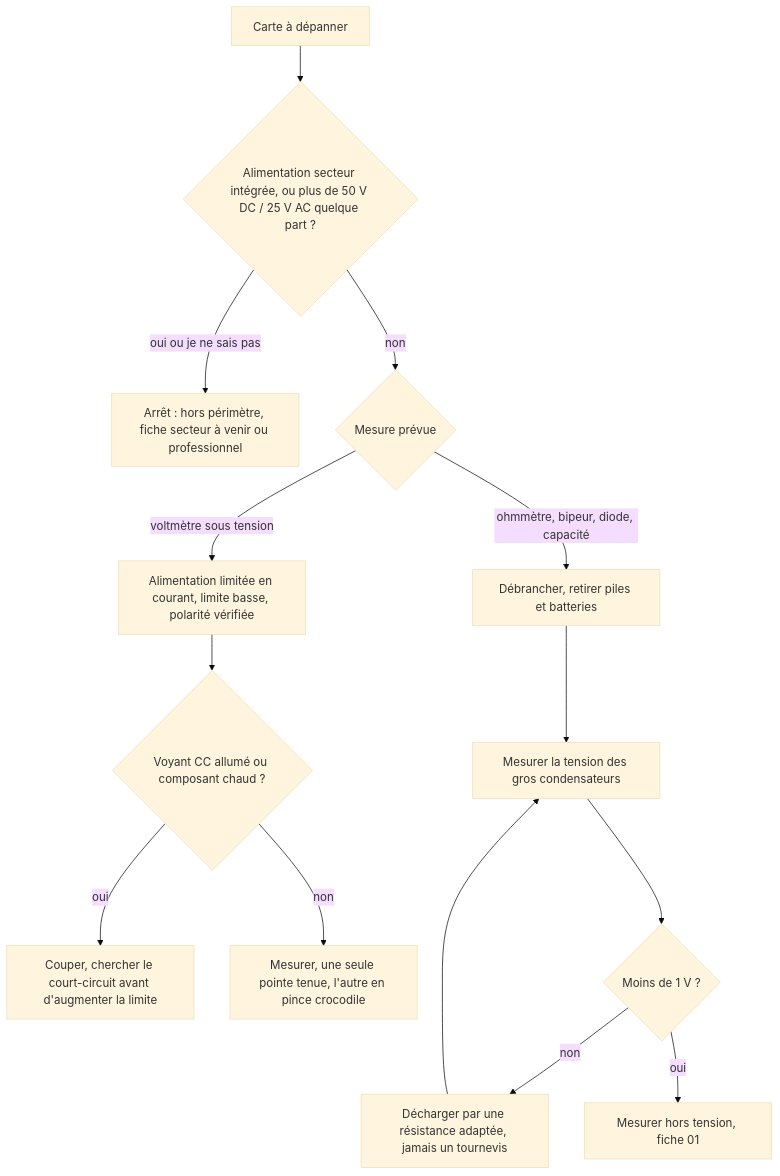
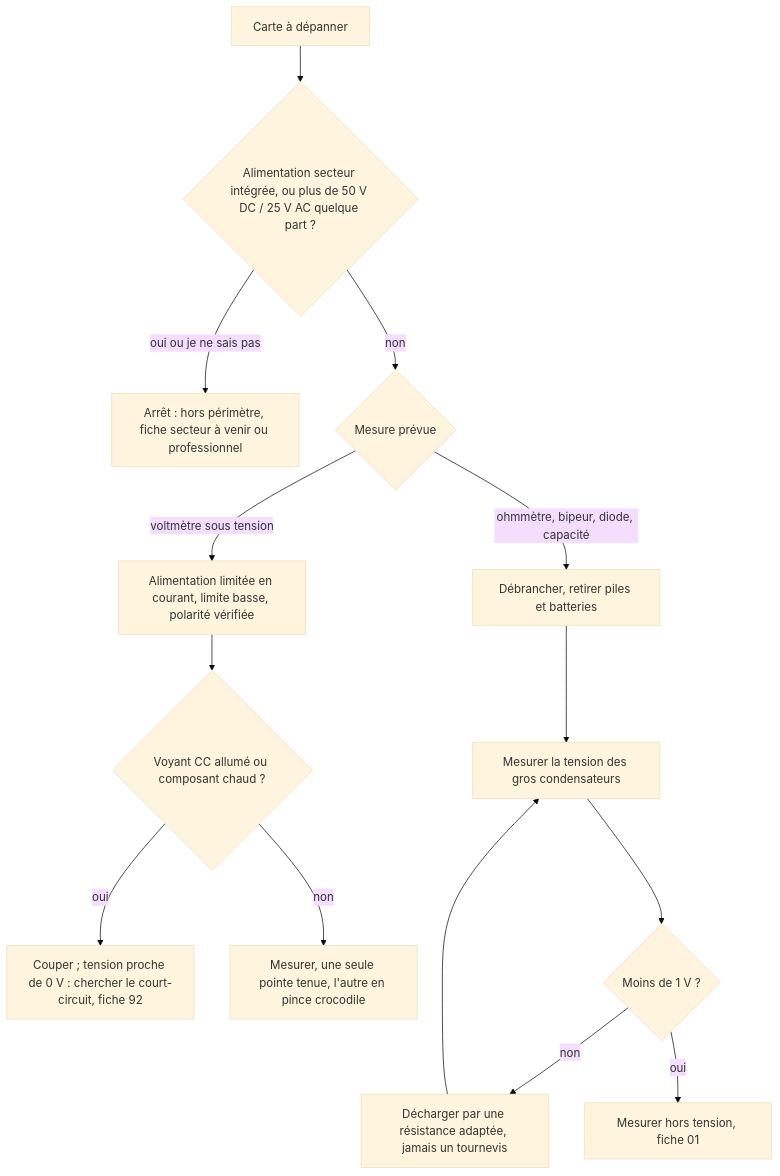
Before and after one commit to benoit-bremaud/ohm-sweet-ohm: the diagram in troubleshooting/00_securite/README.md, drawn with Mermaid (base theme). The commit also changed other lines of this file and 1 other file, not shown here.

````diff
--- a/troubleshooting/00_securite/README.md
+++ b/troubleshooting/00_securite/README.md
@@ -103,16 +105,16 @@
 ```mermaid
 flowchart TD
   A[Carte à dépanner] --> B{Alimentation secteur intégrée, ou plus de 50 V DC / 25 V AC quelque part ?}
   B -- oui ou je ne sais pas --> X[Arrêt : hors périmètre, fiche secteur à venir ou professionnel]
   B -- non --> C{Mesure prévue}
   C -- voltmètre sous tension --> D[Alimentation limitée en courant, limite basse, polarité vérifiée]
   D --> E{Voyant CC allumé ou composant chaud ?}
-  E -- oui --> F[Couper, chercher le court-circuit avant d'augmenter la limite]
+  E -- oui --> F[Couper ; tension proche de 0 V : chercher le court-circuit, fiche 92]
   E -- non --> G[Mesurer, une seule pointe tenue, l'autre en pince crocodile]
   C -- ohmmètre, bipeur, diode, capacité --> H[Débrancher, retirer piles et batteries]
   H --> I[Mesurer la tension des gros condensateurs]
   I --> J{Moins de 1 V ?}
   J -- non --> K[Décharger par une résistance adaptée, jamais un tournevis]
   K --> I
   J -- oui --> L[Mesurer hors tension, fiche 01]
 ```
````
